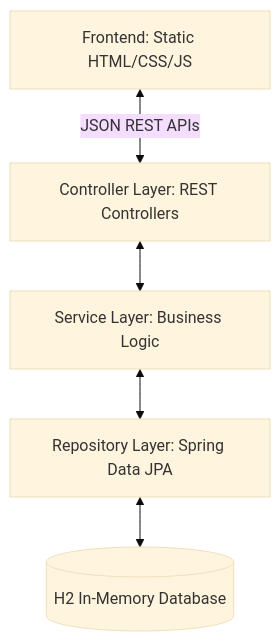
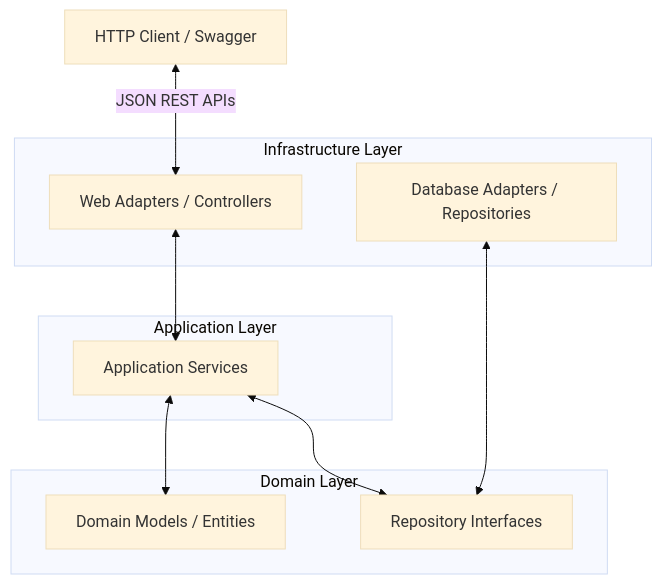
Before and after one commit to luizfldomingues/mc322-2026-1s-final-project: the second of 2 diagrams in README.md, drawn with Mermaid (base theme). The commit also changed other lines of this file, not shown here.

````diff
--- a/README.md
+++ b/README.md
@@ -80,7 +76,19 @@
 ```mermaid
 graph TD
- UI[Frontend: Static HTML/CSS/JS] <-->|JSON REST APIs| Controller[Controller Layer: REST Controllers]
- Controller <--> Service[Service Layer: Business Logic]
- Service <--> Repository[Repository Layer: Spring Data JPA]
- Repository <--> Database[(H2 In-Memory Database)]
+    Client[HTTP Client / Swagger] <-->|JSON REST APIs| Web[Web Adapters / Controllers]
+    subgraph Infrastructure Layer
+        Web
+        DB[Database Adapters / Repositories]
+    end
+    subgraph Application Layer
+        Service[Application Services]
+    end
+    subgraph Domain Layer
+        Model[Domain Models / Entities]
+        RepoInterfaces[Repository Interfaces]
+    end
+    Web <--> Service
+    DB <--> RepoInterfaces
+    Service <--> Model
+    Service <--> RepoInterfaces
 ```
````
